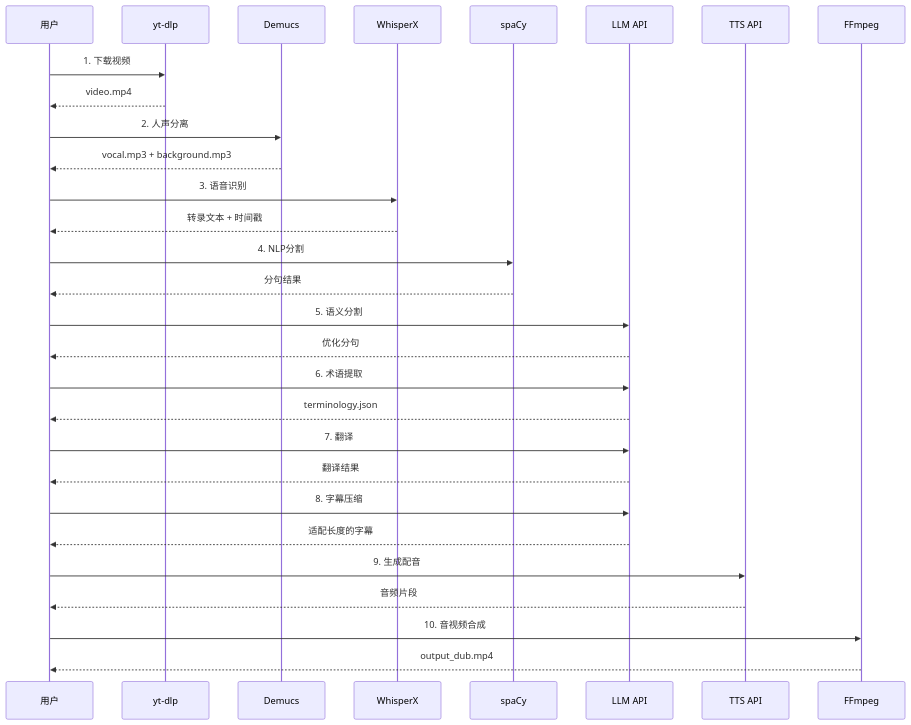
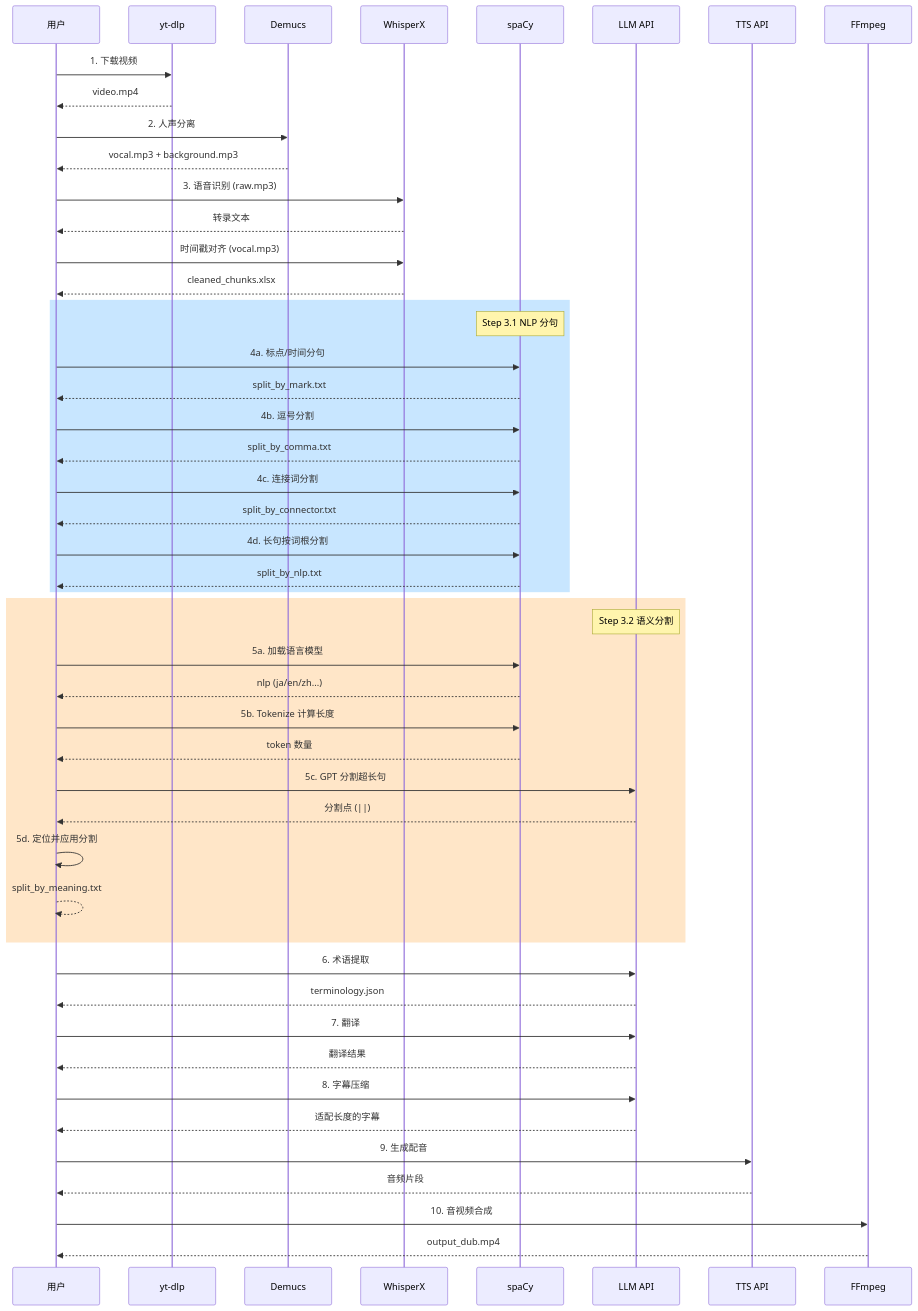
The seventh of 14 diagrams in docs/ARCHITECTURE.md (NuoManDai/VedioAITranslateSub), drawn with Mermaid before and after one commit. The commit also changed other lines of this file and 16 other files, not shown here.

````diff
--- a/docs/ARCHITECTURE.md
+++ b/docs/ARCHITECTURE.md
@@ -211,41 +364,61 @@
 ```mermaid
 sequenceDiagram
     participant User as 用户
     participant YT as yt-dlp
     participant Demucs as Demucs
     participant Whisper as WhisperX
     participant SpaCy as spaCy
     participant LLM as LLM API
     participant TTS as TTS API
     participant FFmpeg as FFmpeg
 
     User->>YT: 1. 下载视频
     YT-->>User: video.mp4
     
     User->>Demucs: 2. 人声分离
     Demucs-->>User: vocal.mp3 + background.mp3
     
-    User->>Whisper: 3. 语音识别
-    Whisper-->>User: 转录文本 + 时间戳
+    User->>Whisper: 3. 语音识别 (raw.mp3)
+    Whisper-->>User: 转录文本
+    User->>Whisper: 时间戳对齐 (vocal.mp3)
+    Whisper-->>User: cleaned_chunks.xlsx
     
-    User->>SpaCy: 4. NLP分割
-    SpaCy-->>User: 分句结果
+    rect rgb(200, 230, 255)
+        Note over SpaCy: Step 3.1 NLP 分句
+        User->>SpaCy: 4a. 标点/时间分句
+        SpaCy-->>User: split_by_mark.txt
+        User->>SpaCy: 4b. 逗号分割
+        SpaCy-->>User: split_by_comma.txt
+        User->>SpaCy: 4c. 连接词分割
+        SpaCy-->>User: split_by_connector.txt
+        User->>SpaCy: 4d. 长句按词根分割
+        SpaCy-->>User: split_by_nlp.txt
+    end
     
-    User->>LLM: 5. 语义分割
-    LLM-->>User: 优化分句
+    rect rgb(255, 230, 200)
+        Note over LLM: Step 3.2 语义分割
+        User->>SpaCy: 5a. 加载语言模型
+        SpaCy-->>User: nlp (ja/en/zh...)
+        User->>SpaCy: 5b. Tokenize 计算长度
+        SpaCy-->>User: token 数量
+        User->>LLM: 5c. GPT 分割超长句
+        LLM-->>User: 分割点 (||)
+        User->>User: 5d. 定位并应用分割
+        User-->>User: split_by_meaning.txt
+    end
     
     User->>LLM: 6. 术语提取
     LLM-->>User: terminology.json
     
     User->>LLM: 7. 翻译
     LLM-->>User: 翻译结果
     
     User->>LLM: 8. 字幕压缩
     LLM-->>User: 适配长度的字幕
     
     User->>TTS: 9. 生成配音
     TTS-->>User: 音频片段
     
     User->>FFmpeg: 10. 音视频合成
     FFmpeg-->>User: output_dub.mp4
 ```
````
